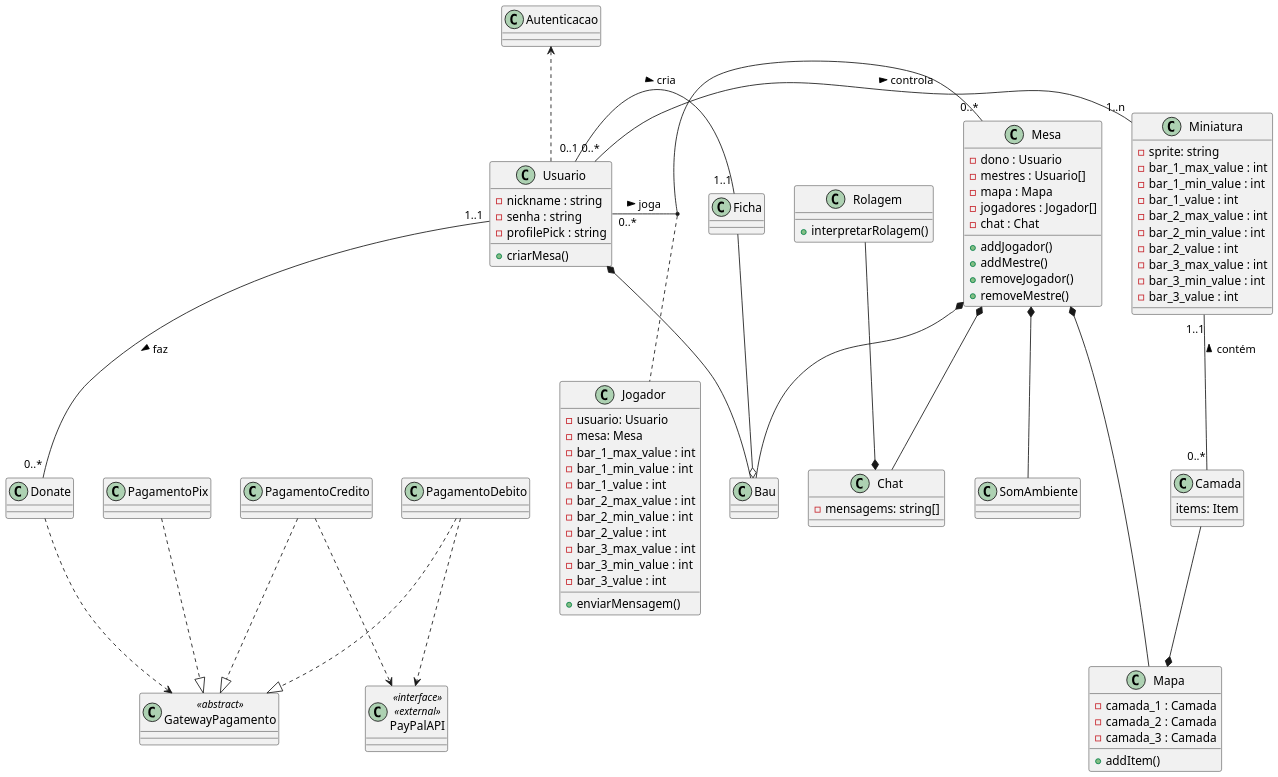
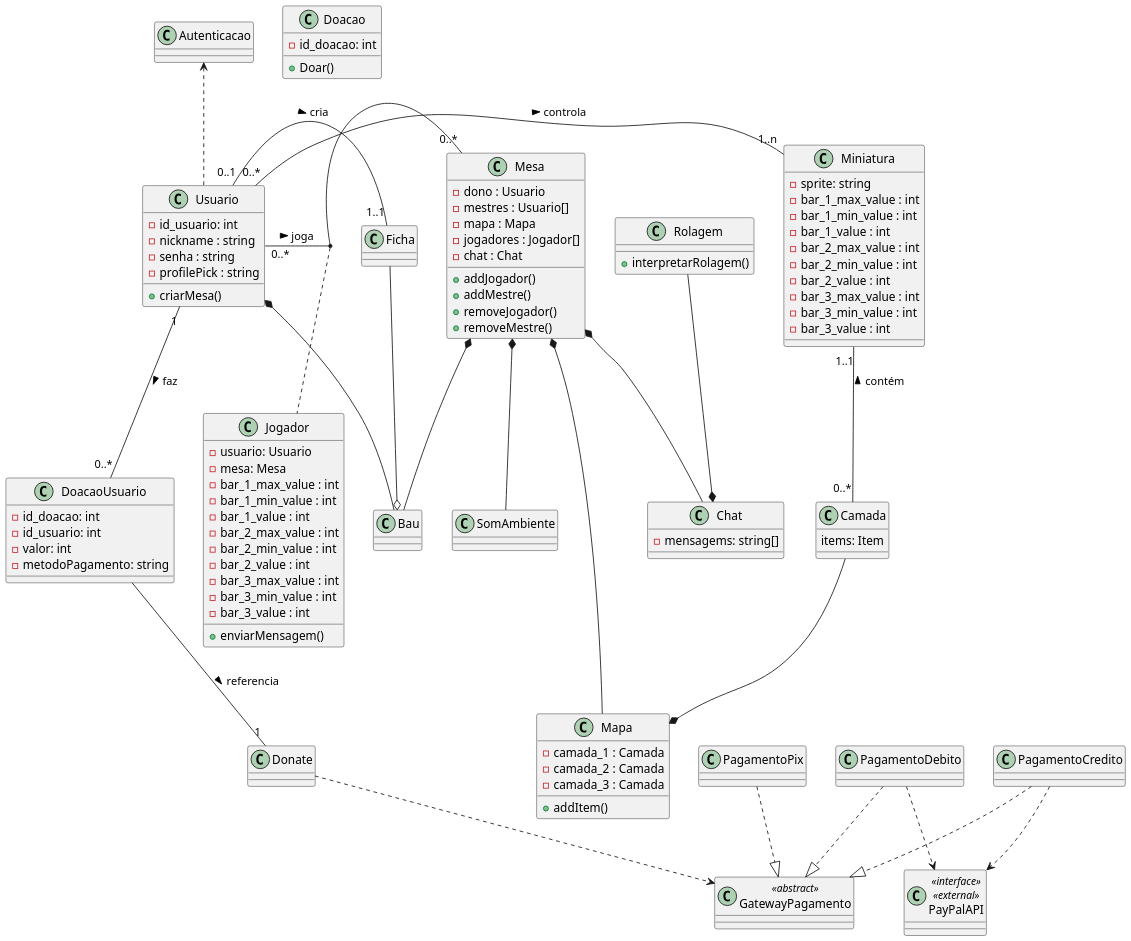
Before and after one commit to t-aaago/Nexus: the diagram in nexus.puml, drawn with PlantUML. The commit also changed 1 other file, not shown here.

Commit message:
Criação das classes: UsuarioDoacao. Tudo feito apenas no Diagrama NoGodot

```diff
--- a/nexus.puml
+++ b/nexus.puml
@@ -1,97 +1,108 @@
-@startuml
+@startuml Nexus
 skinparam dpi 150
 
 class Usuario{
+    -id_usuario: int
     -nickname : string
     -senha : string
     -profilePick : string
     +criarMesa()
 }
 class Ficha
 class Jogador {
     -usuario: Usuario
     -mesa: Mesa
     -bar_1_max_value : int 
     -bar_1_min_value : int
     -bar_1_value : int
     -bar_2_max_value : int 
     -bar_2_min_value : int
     -bar_2_value : int
     -bar_3_max_value : int 
     -bar_3_min_value : int
     -bar_3_value : int
     +enviarMensagem()
 }
 class Bau
 class Mesa {
     -dono : Usuario
     -mestres : Usuario[]
     -mapa : Mapa
     -jogadores : Jogador[]
     -chat : Chat
     +addJogador()
     +addMestre()
     +removeJogador()
     +removeMestre()
 }
 class Mapa {
     -camada_1 : Camada
     -camada_2 : Camada
     -camada_3 : Camada
     +addItem()
 }
 class Camada{
     items: Item
 }
 class Miniatura {
     -sprite: string
     -bar_1_max_value : int 
     -bar_1_min_value : int
     -bar_1_value : int
     -bar_2_max_value : int 
     -bar_2_min_value : int
     -bar_2_value : int
     -bar_3_max_value : int 
     -bar_3_min_value : int
     -bar_3_value : int
 }
 class SomAmbiente
 class Chat {
     -mensagems: string[]
 }
 class Rolagem {
     +interpretarRolagem()
 }
-class Donate
+class Doacao{
+    -id_doacao: int
+    +Doar()
+}
+class DoacaoUsuario{
+    -id_doacao: int
+    -id_usuario: int
+    -valor: int
+    -metodoPagamento: string
+}
 class Autenticacao
 class GatewayPagamento <<abstract>>
 class PayPalAPI <<interface>> <<external>>
 
 together{
     class PagamentoDebito
     class PagamentoPix
     class PagamentoCredito
 }
 
 Usuario "0..1" - "1..1" Ficha : cria >
 Ficha -o Bau
 Mesa *-- Bau
 Mesa *-- SomAmbiente
 Mesa *-- Mapa
 Camada --* Mapa
 Miniatura "1..1" -- "0..*" Camada : < contém
 Usuario "0..*" - "1..n" Miniatura : controla >
 Mesa *-- Chat
 Rolagem --* Chat
 Usuario "0..*" - "0..*" Mesa : joga >
 (Usuario, Mesa) .. Jogador
 Usuario *- Bau
-Usuario "1..1" -- "0..*" Donate : faz >
+Usuario "1" -- "0..*" DoacaoUsuario : faz >
+DoacaoUsuario -- "1" Donate : referencia >
 Autenticacao <.. Usuario
 Donate ..> GatewayPagamento
 PagamentoCredito ..|> GatewayPagamento
 PagamentoDebito ..|> GatewayPagamento
 PagamentoPix ..|> GatewayPagamento
 PagamentoDebito ..> PayPalAPI
 PagamentoCredito ..> PayPalAPI
 @enduml
```
